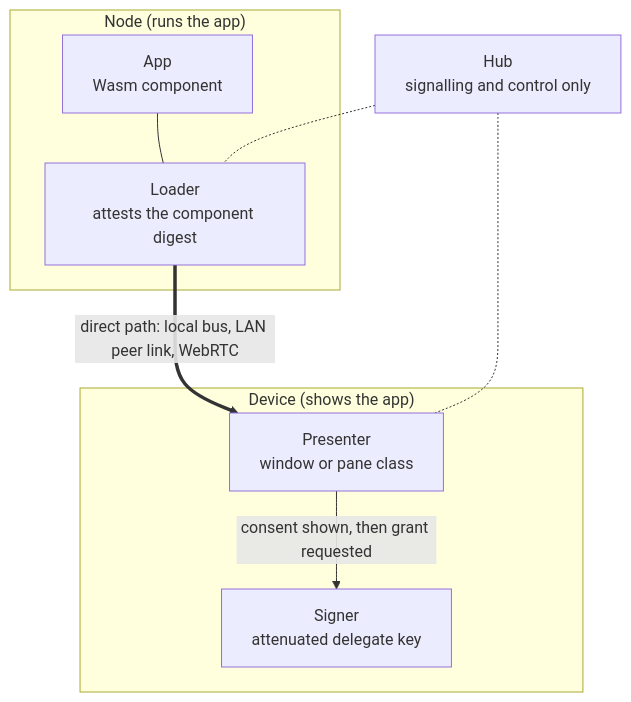
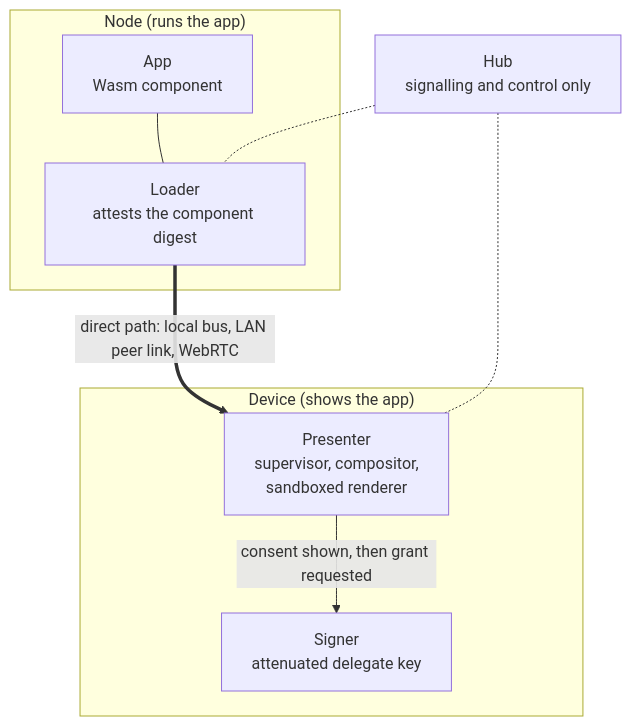
The diagram in content/13-presenters.md (benixos/book), drawn with Mermaid before and after one commit. The commit also changed other lines of this file and 32 other files, not shown here.

````diff
--- a/content/13-presenters.md
+++ b/content/13-presenters.md
@@ -73,15 +75,15 @@
 ```mermaid
 flowchart TB
   subgraph NODE["Node (runs the app)"]
     APP["App<br/>Wasm component"] --- LDR["Loader<br/>attests the component digest"]
   end
   subgraph DEV["Device (shows the app)"]
-    PRES["Presenter<br/>window or pane class"]
+    PRES["Presenter<br/>supervisor, compositor,<br/>sandboxed renderer"]
     SIG["Signer<br/>attenuated delegate key"]
     PRES -- "consent shown, then grant requested" --> SIG
   end
   LDR == "direct path: local bus, LAN peer link, WebRTC" ==> PRES
   HUB["Hub<br/>signalling and control only"]
   HUB -.- PRES
   HUB -.- LDR
 ```
````
